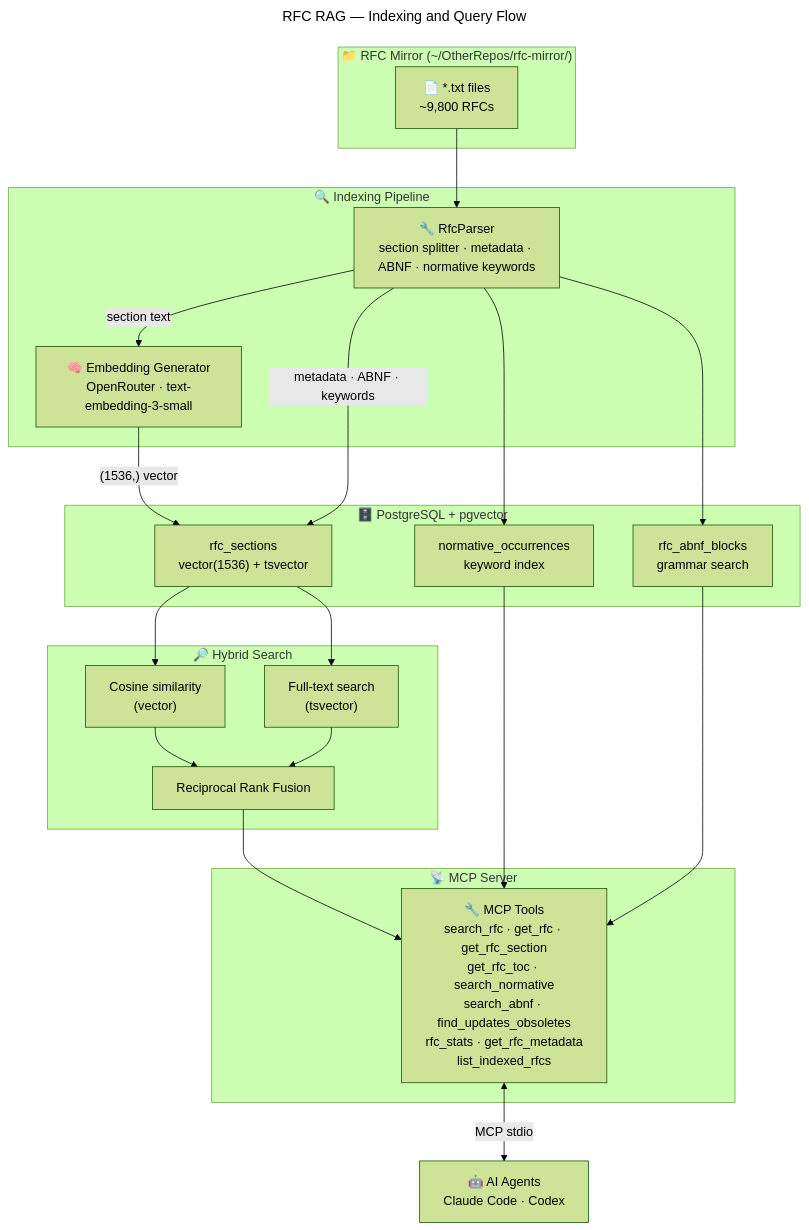
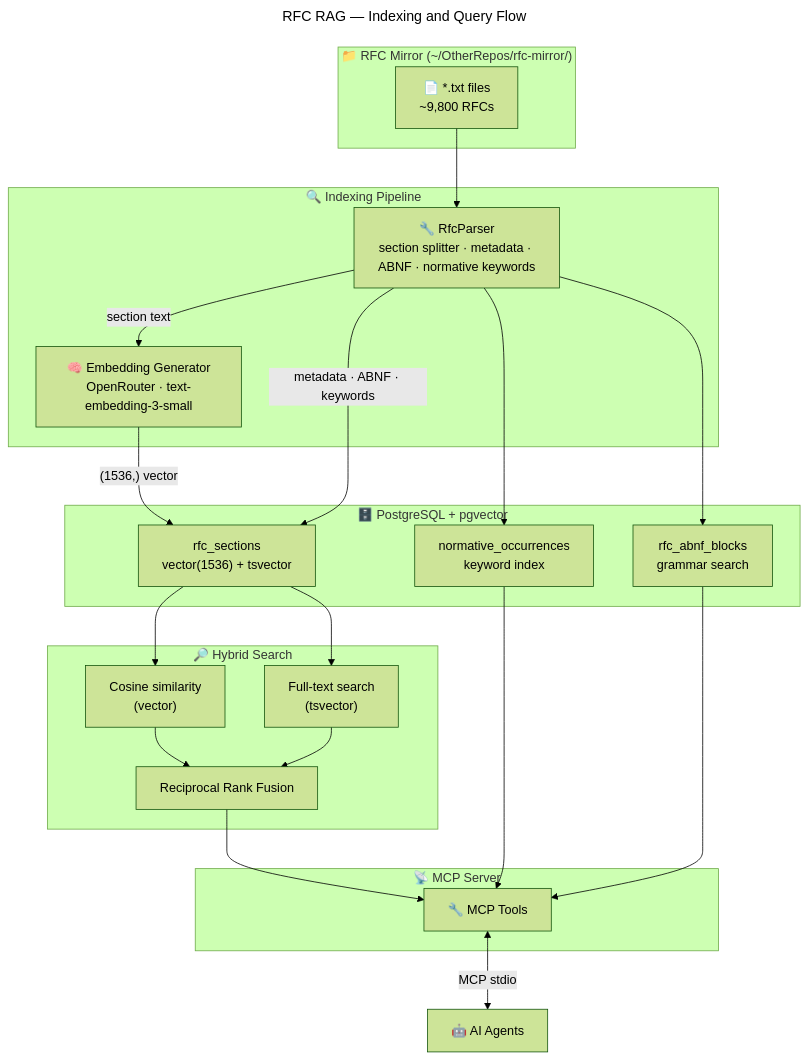
Before and after one commit to mirusser/rfc-rag: the diagram in README.md, drawn with Mermaid (forest theme). The commit also changed other lines of this file and 24 other files, not shown here.

````diff
--- a/README.md
+++ b/README.md
@@ -40,46 +41,46 @@
 ```mermaid
 ---
 title: RFC RAG — Indexing and Query Flow
 ---
 flowchart TB
     subgraph source["📁 RFC Mirror (~/OtherRepos/rfc-mirror/)"]
         Txt["📄 *.txt files\n~9,800 RFCs"]
     end
 
     subgraph index["🔍 Indexing Pipeline"]
         Parser["🔧 RfcParser\nsection splitter · metadata · ABNF · normative keywords"]
         Embed["🧠 Embedding Generator\nOpenRouter · text-embedding-3-small"]
     end
 
     subgraph store["🗄️ PostgreSQL + pgvector"]
         Sections["rfc_sections\nvector(1536) + tsvector"]
         Norm["normative_occurrences\nkeyword index"]
         Abnf["rfc_abnf_blocks\ngrammar search"]
     end
 
     subgraph search["🔎 Hybrid Search"]
         Vector["Cosine similarity\n(vector)"]
         FTS["Full-text search\n(tsvector)"]
         RRF["Reciprocal Rank Fusion"]
     end
 
     subgraph serve["📡 MCP Server"]
-        Tools["🔧 MCP Tools\nsearch_rfc · get_rfc · get_rfc_section\nget_rfc_toc · search_normative\nsearch_abnf · find_updates_obsoletes\nrfc_stats · get_rfc_metadata\nlist_indexed_rfcs"]
+        Tools["🔧 MCP Tools"]
     end
 
-    Clients["🤖 AI Agents\nClaude Code · Codex"]
+    Clients["🤖 AI Agents"]
 
     Txt --> Parser
     Parser -->|"section text"| Embed -->|"(1536,) vector"| Sections
     Parser -->|"metadata · ABNF · keywords"| Sections
     Parser --> Norm
     Parser --> Abnf
     Sections --> Vector
     Sections --> FTS
     Vector --> RRF
     FTS --> RRF
     RRF --> Tools
     Norm --> Tools
     Abnf --> Tools
     Tools <-->|"MCP stdio"| Clients
 ```
````
